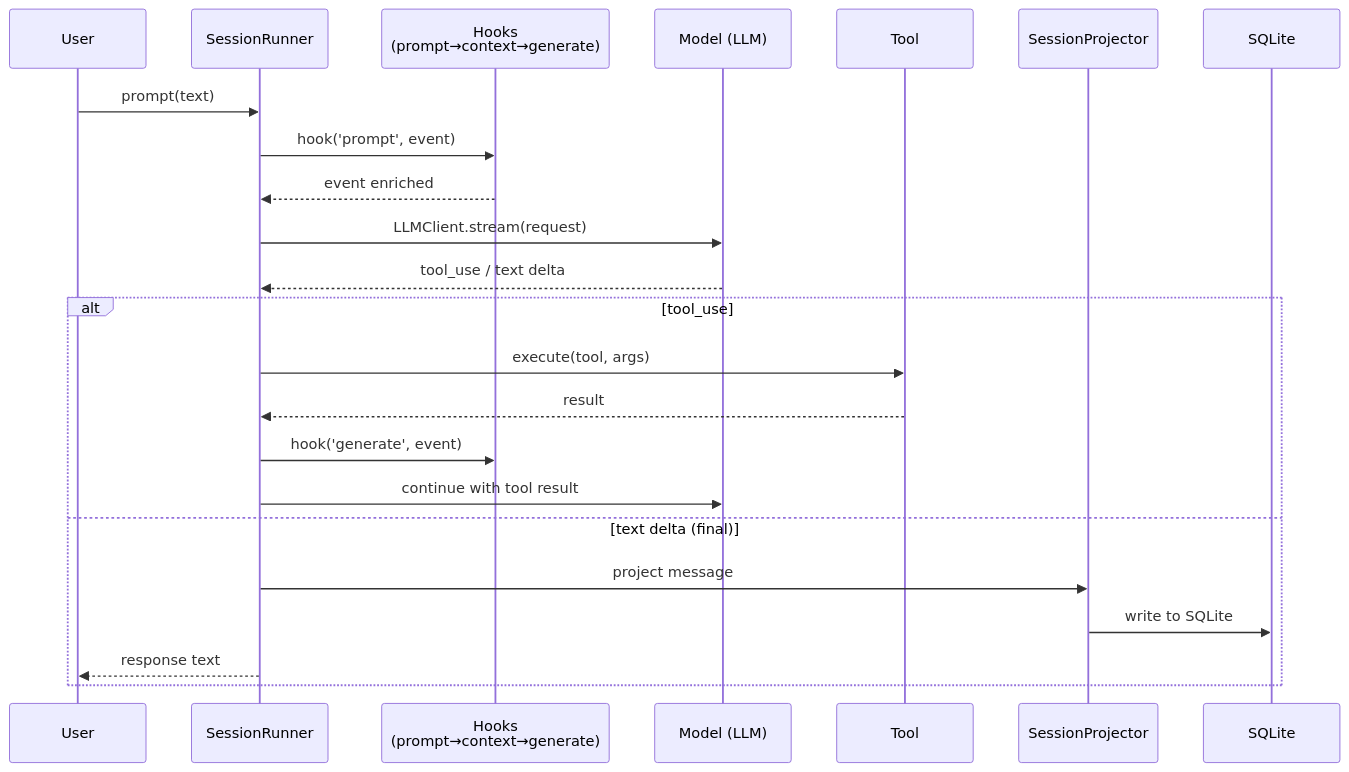
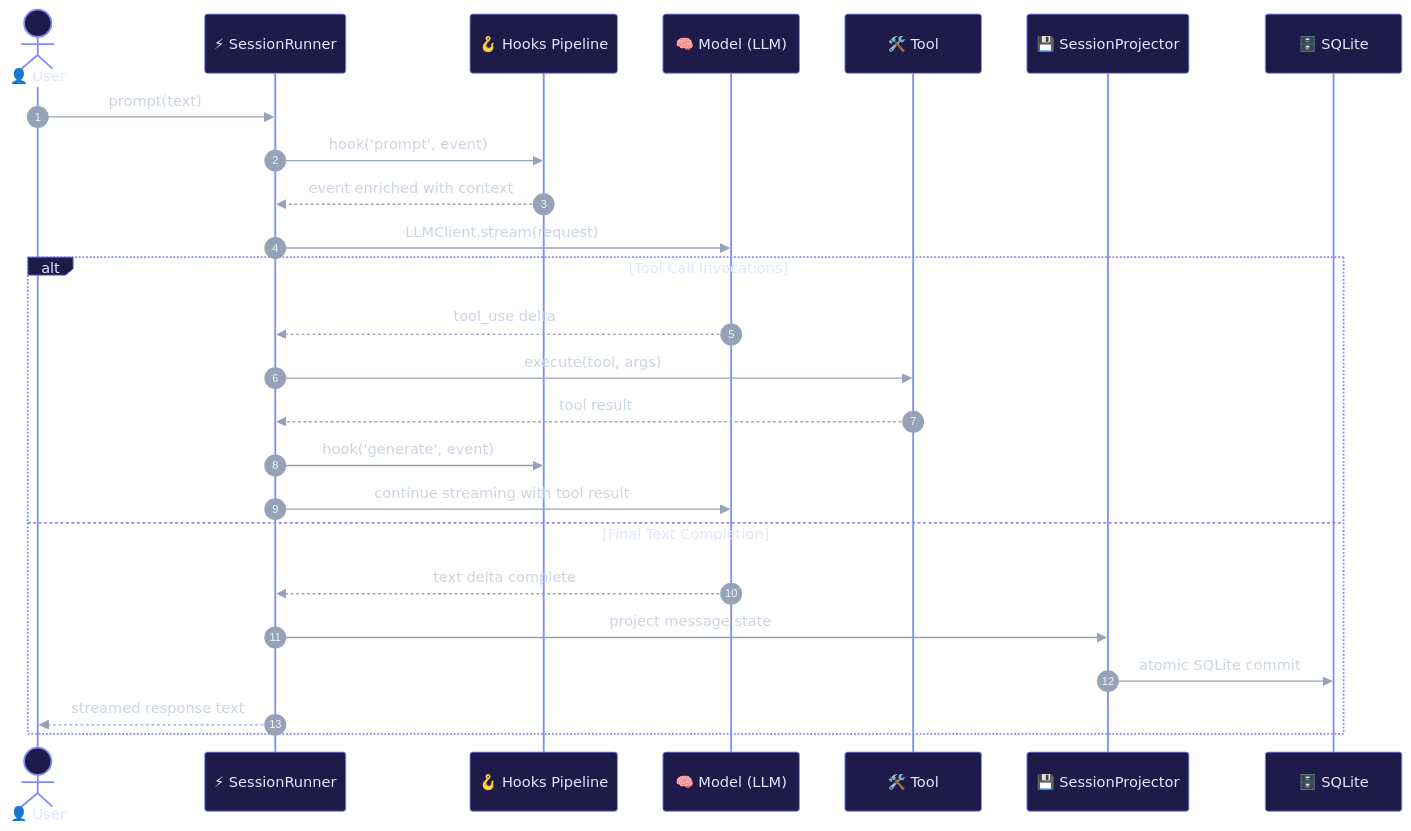
The second of 21 diagrams in opencode-v2-internal-flowcharts.md (netplug-me/urban-octo-nerd), drawn with Mermaid before and after one commit. The commit also changed other lines of this file, not shown here.

````diff
--- a/opencode-v2-internal-flowcharts.md
+++ b/opencode-v2-internal-flowcharts.md
@@ -57,26 +57,30 @@
 ```mermaid
+%%{init: {'theme': 'base', 'themeVariables': { 'fontFamily': 'Fira Code, monospace', 'fontSize': '12px', 'darkMode': true, 'actorBkg': '#1e1b4b', 'actorBorder': '#818cf8', 'actorTextColor': '#e0e7ff', 'signalColor': '#94a3b8', 'signalTextColor': '#cbd5e1', 'noteBkgColor': '#1e293b', 'noteTextColor': '#38bdf8', 'noteBorderColor': '#0284c7'}}}%%
 sequenceDiagram
-    participant U as User
-    participant S as SessionRunner
-    participant H as Hooks<br/>(prompt→context→generate)
-    participant M as Model (LLM)
-    participant T as Tool
-    participant P as SessionProjector
-    participant DB as SQLite
+    autonumber
+    actor U as 👤 User
+    participant S as ⚡ SessionRunner
+    participant H as 🪝 Hooks Pipeline
+    participant M as 🧠 Model (LLM)
+    participant T as 🛠️ Tool
+    participant P as 💾 SessionProjector
+    participant DB as 🗄️ SQLite
 
     U->>S: prompt(text)
     S->>H: hook('prompt', event)
-    H-->>S: event enriched
+    H-->>S: event enriched with context
     S->>M: LLMClient.stream(request)
-    M-->>S: tool_use / text delta
-    alt tool_use
+
+    alt Tool Call Invocations
+        M-->>S: tool_use delta
         S->>T: execute(tool, args)
-        T-->>S: result
+        T-->>S: tool result
         S->>H: hook('generate', event)
-        S->>M: continue with tool result
-    else text delta (final)
-        S->>P: project message
-        P->>DB: write to SQLite
-        S-->>U: response text
+        S->>M: continue streaming with tool result
+    else Final Text Completion
+        M-->>S: text delta complete
+        S->>P: project message state
+        P->>DB: atomic SQLite commit
+        S-->>U: streamed response text
     end
 ```
````
